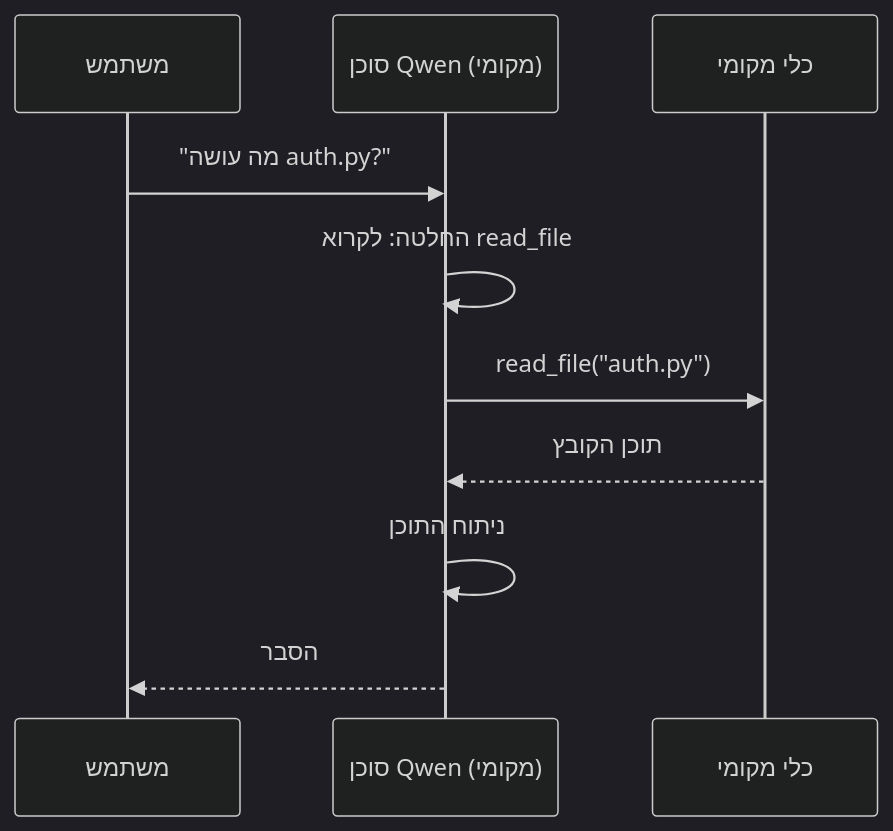
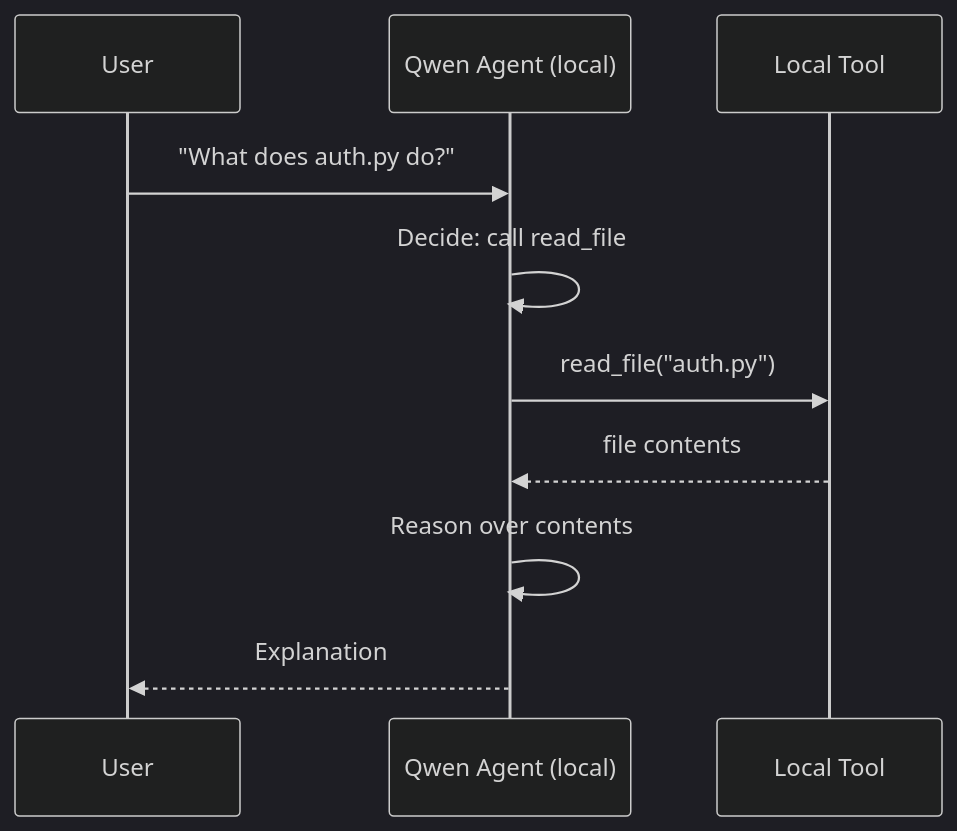
Before and after one commit to gabrielmoreira/agent-skills-mirror: the second of 4 diagrams in mirrors/repos/microsoft@ai-agents-for-beginners/translations/he/17-creating-local-ai-agents/README.md, drawn with Mermaid (dark theme). The commit also changed other lines of this file and 5918 other files, not shown here.

````diff
--- a/mirrors/repos/microsoft@ai-agents-for-beginners/translations/he/17-creating-local-ai-agents/README.md
+++ b/mirrors/repos/microsoft@ai-agents-for-beginners/translations/he/17-creating-local-ai-agents/README.md
@@ -106,12 +106,12 @@
 ```mermaid
 sequenceDiagram
-    participant U as משתמש
-    participant A as סוכן Qwen (מקומי)
-    participant T as כלי מקומי
-    U->>A: "מה עושה auth.py?"
-    A->>A: החלטה: לקרוא read_file
+    participant U as User
+    participant A as Qwen Agent (local)
+    participant T as Local Tool
+    U->>A: "What does auth.py do?"
+    A->>A: Decide: call read_file
     A->>T: read_file("auth.py")
-    T-->>A: תוכן הקובץ
-    A->>A: ניתוח התוכן
-    A-->>U: הסבר
+    T-->>A: file contents
+    A->>A: Reason over contents
+    A-->>U: Explanation
 ```
````
